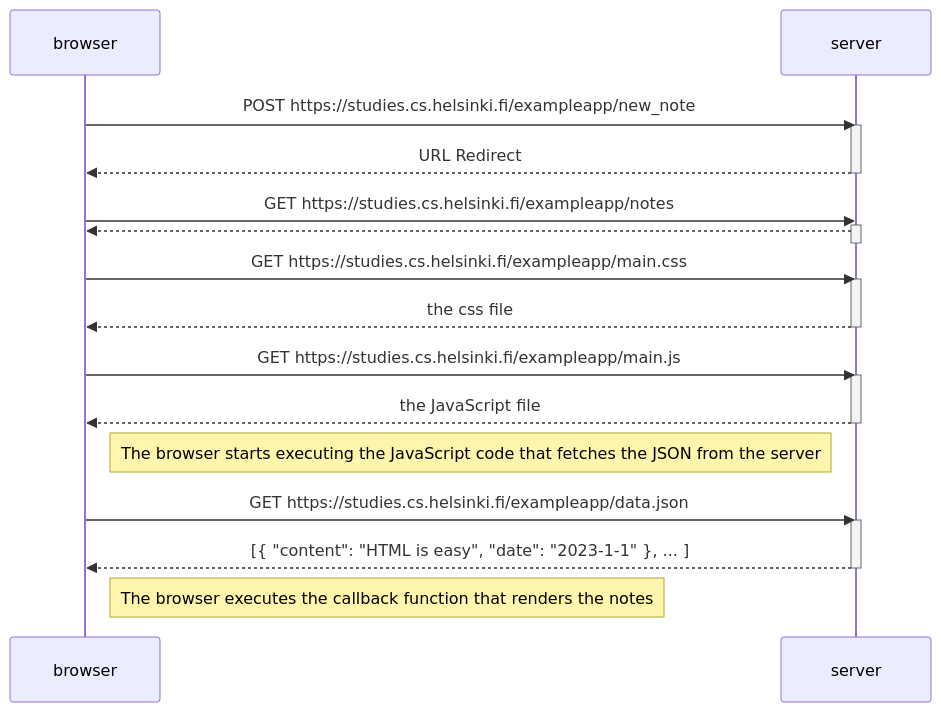
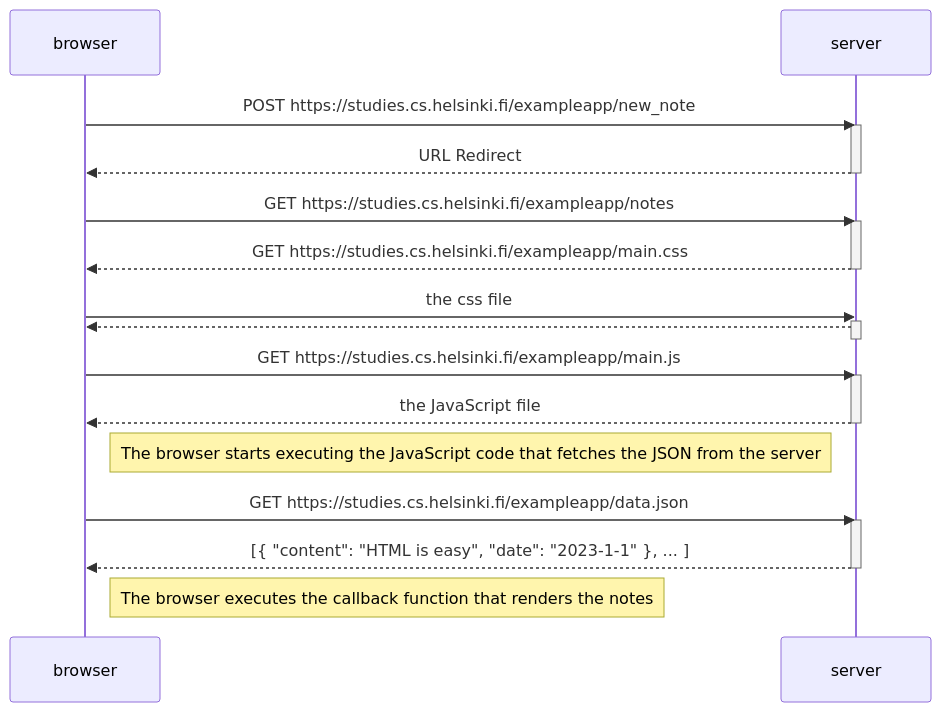
Before and after one commit to ConradPB/Exercises: the diagram in part0/exercise4.md, drawn with Mermaid.

````diff
--- a/part0/exercise4.md
+++ b/part0/exercise4.md
@@ -4,35 +4,35 @@
 ```mermaid
 
 sequenceDiagram
     participant browser
     participant server
 
     browser->>server: POST https://studies.cs.helsinki.fi/exampleapp/new_note
     activate server
     server-->>browser: URL Redirect
     deactivate server
 
     browser->>server: GET https://studies.cs.helsinki.fi/exampleapp/notes
     activate server
-    server-->>browser: 
+    server-->>browser: GET https://studies.cs.helsinki.fi/exampleapp/main.css
     deactivate server
 
-    browser->>server: GET https://studies.cs.helsinki.fi/exampleapp/main.css
+    browser->>server: the css file
     activate server
-    server-->>browser: the css file
+    server-->>browser: 
     deactivate server
 
     browser->>server: GET https://studies.cs.helsinki.fi/exampleapp/main.js
     activate server
     server-->>browser: the JavaScript file
     deactivate server
 
     Note right of browser: The browser starts executing the JavaScript code that fetches the JSON from the server
 
     browser->>server: GET https://studies.cs.helsinki.fi/exampleapp/data.json
     activate server
     server-->>browser: [{ "content": "HTML is easy", "date": "2023-1-1" }, ... ]
     deactivate server
 
     Note right of browser: The browser executes the callback function that renders the notes
 ```
````
